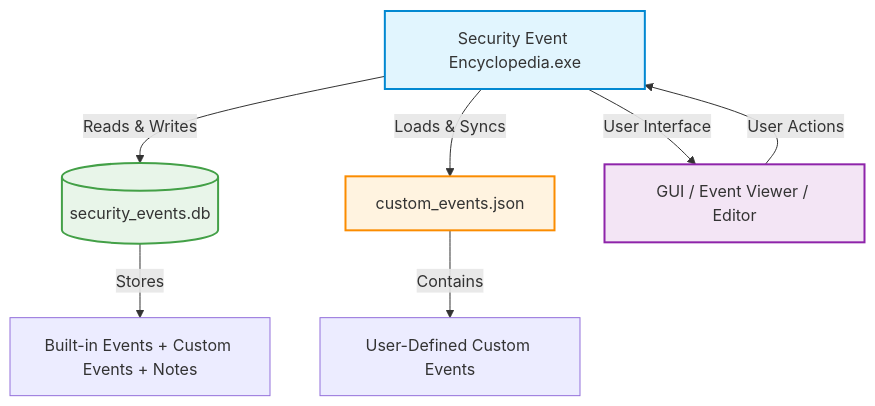
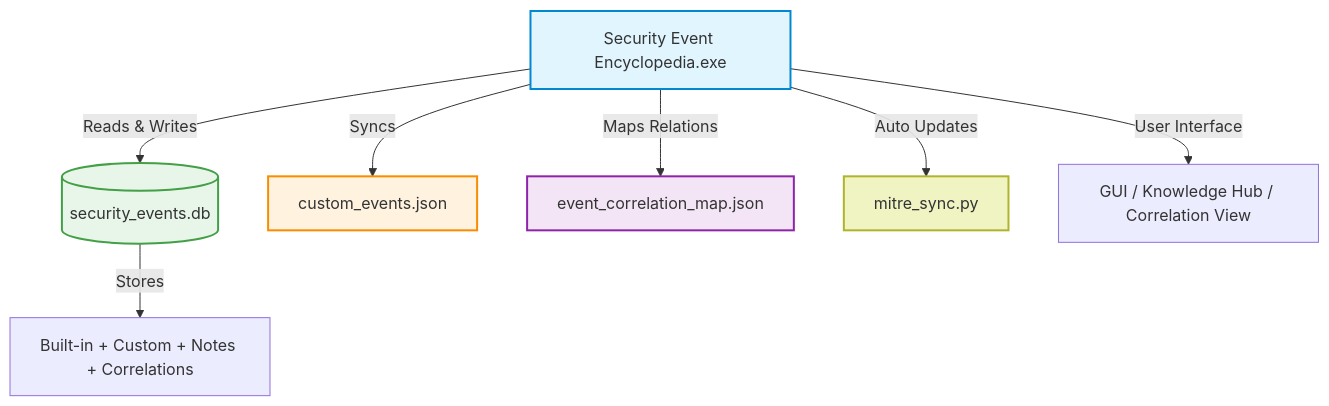
Before and after one commit to CyberPulseDev/Security-Event-Encyclopedia: the diagram in README.md, drawn with Mermaid. The commit also changed other lines of this file, not shown here.

````diff
--- a/README.md
+++ b/README.md
@@ -152,13 +154,14 @@
 ```mermaid
 flowchart TD
     A[Security Event Encyclopedia.exe] -->|Reads & Writes| B[(security_events.db)]
-    A -->|Loads & Syncs| C[custom_events.json]
-    B -->|Stores| D[Built-in Events + Custom Events + Notes]
-    C -->|Contains| E[User-Defined Custom Events]
-    A -->|User Interface| F[GUI / Event Viewer / Editor]
-    F -->|User Actions| A
+    A -->|Syncs| C[custom_events.json]
+    A -->|Maps Relations| D[event_correlation_map.json]
+    A -->|Auto Updates| E[mitre_sync.py]
+    B -->|Stores| F[Built-in + Custom + Notes + Correlations]
+    A -->|User Interface| G[GUI / Knowledge Hub / Correlation View]
     style A fill:#e1f5fe,stroke:#0288d1,stroke-width:2px
     style B fill:#e8f5e9,stroke:#43a047,stroke-width:2px
     style C fill:#fff3e0,stroke:#fb8c00,stroke-width:2px
-    style F fill:#f3e5f5,stroke:#8e24aa,stroke-width:2px
+    style D fill:#f3e5f5,stroke:#8e24aa,stroke-width:2px
+    style E fill:#f0f4c3,stroke:#afb42b,stroke-width:2px
 ```
````
